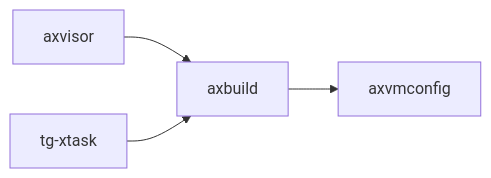
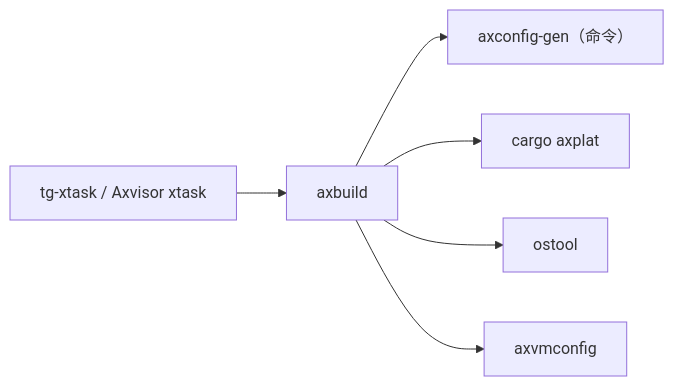
The second of 2 diagrams in docs/crates/axbuild.md (rcore-os/tgoskits), drawn with Mermaid before and after one commit. The commit also changed other lines of this file and 99 other files, not shown here.

````diff
--- a/docs/crates/axbuild.md
+++ b/docs/crates/axbuild.md
@@ -34,7 +112,8 @@
 ```mermaid
 graph LR
-    current["axbuild"]
-    current --> axvmconfig["axvmconfig"]
-    axvisor["axvisor"] --> current
-    tg_xtask["tg-xtask"] --> current
+    xtask["tg-xtask / Axvisor xtask"] --> axbuild["axbuild"]
+    axbuild --> axconfig_gen["axconfig-gen（命令）"]
+    axbuild --> cargo_axplat["cargo axplat"]
+    axbuild --> ostool["ostool"]
+    axbuild --> axvmconfig["axvmconfig"]
 ```
````
